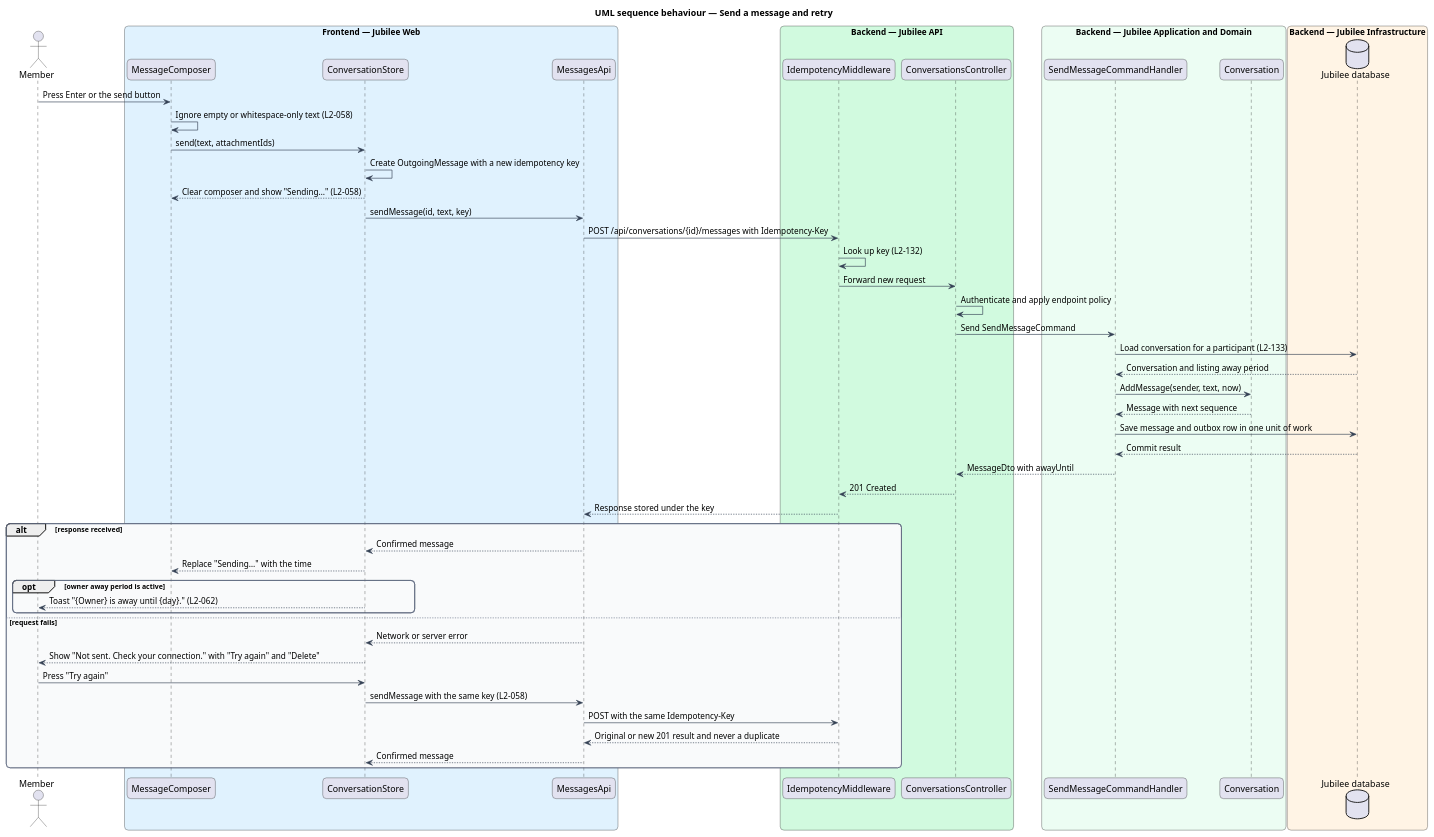
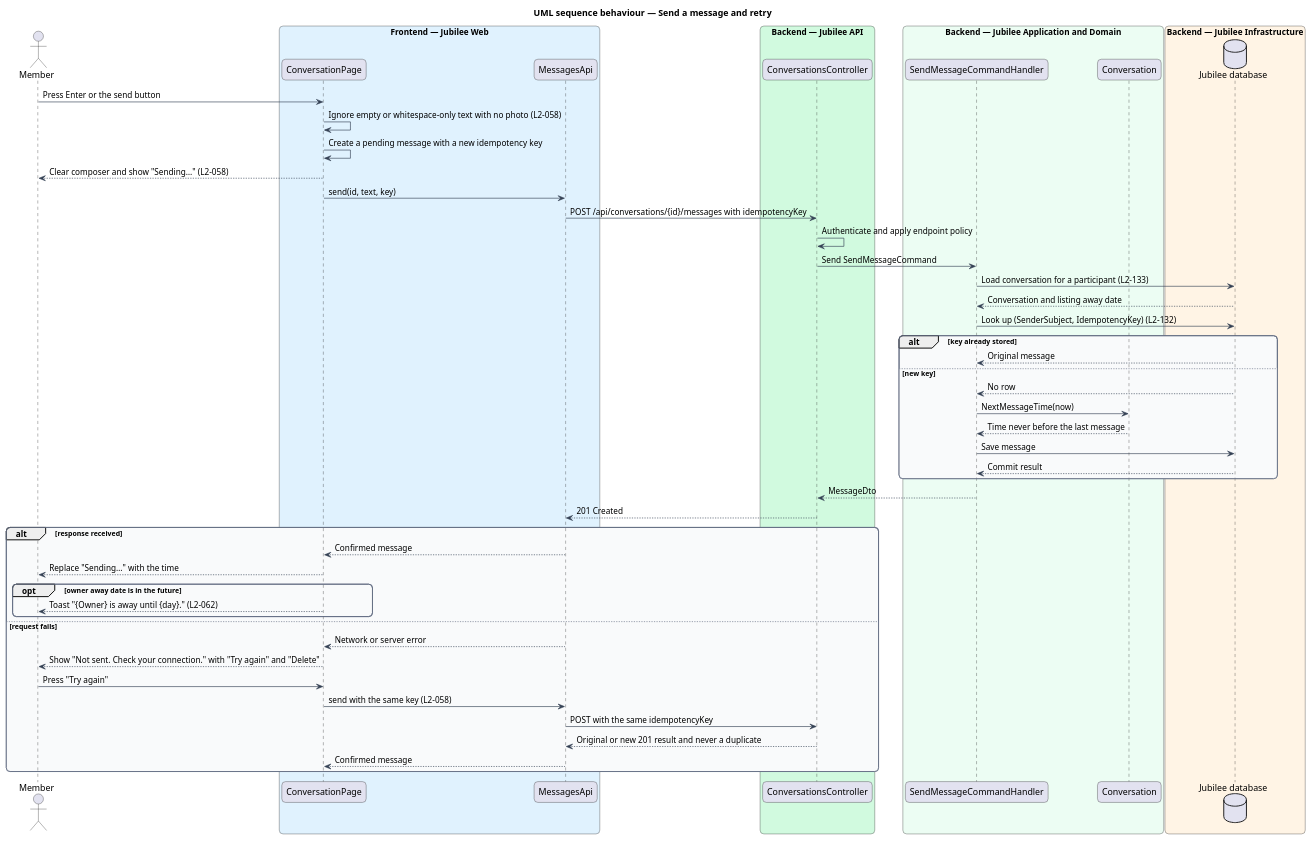
The diagram in docs/detailed-designs/messaging/exchange-messages/diagrams/sequence-send-message.puml (QuinntyneBrown/jubilee), drawn with PlantUML before and after one commit. The commit also changed 106 other files, not shown here.

```diff
--- a/docs/detailed-designs/messaging/exchange-messages/diagrams/sequence-send-message.puml
+++ b/docs/detailed-designs/messaging/exchange-messages/diagrams/sequence-send-message.puml
@@ -1,69 +1,69 @@
 @startuml
 title UML sequence behaviour — Send a message and retry
 skinparam backgroundColor #FFFFFF
 skinparam shadowing false
 skinparam roundcorner 12
 skinparam defaultFontName Arial
 skinparam ArrowColor #344054
 skinparam rectangle {
   BorderColor #344054
   FontColor #101828
 }
 skinparam package {
   BorderColor #667085
   FontColor #101828
   BackgroundColor #F9FAFB
 }
 actor "Member" as member
 box "Frontend — Jubilee Web" #E0F2FE
-  participant "MessageComposer" as composer
-  participant "ConversationStore" as store
+  participant "ConversationPage" as page
   participant "MessagesApi" as client
 end box
 box "Backend — Jubilee API" #D1FADF
-  participant "IdempotencyMiddleware" as idem
   participant "ConversationsController" as controller
 end box
 box "Backend — Jubilee Application and Domain" #ECFDF3
   participant "SendMessageCommandHandler" as handler
   participant "Conversation" as entity
 end box
 box "Backend — Jubilee Infrastructure" #FFF4E5
   database "Jubilee database" as db
 end box
-member -> composer : Press Enter or the send button
-composer -> composer : Ignore empty or whitespace-only text (L2-058)
-composer -> store : send(text, attachmentIds)
-store -> store : Create OutgoingMessage with a new idempotency key
-store --> composer : Clear composer and show "Sending…" (L2-058)
-store -> client : sendMessage(id, text, key)
-client -> idem : POST /api/conversations/{id}/messages with Idempotency-Key
-idem -> idem : Look up key (L2-132)
-idem -> controller : Forward new request
+member -> page : Press Enter or the send button
+page -> page : Ignore empty or whitespace-only text with no photo (L2-058)
+page -> page : Create a pending message with a new idempotency key
+page --> member : Clear composer and show "Sending…" (L2-058)
+page -> client : send(id, text, key)
+client -> controller : POST /api/conversations/{id}/messages with idempotencyKey
 controller -> controller : Authenticate and apply endpoint policy
 controller -> handler : Send SendMessageCommand
 handler -> db : Load conversation for a participant (L2-133)
-db --> handler : Conversation and listing away period
-handler -> entity : AddMessage(sender, text, now)
-entity --> handler : Message with next sequence
-handler -> db : Save message and outbox row in one unit of work
-db --> handler : Commit result
-handler --> controller : MessageDto with awayUntil
-controller --> idem : 201 Created
-idem --> client : Response stored under the key
+db --> handler : Conversation and listing away date
+handler -> db : Look up (SenderSubject, IdempotencyKey) (L2-132)
+alt key already stored
+  db --> handler : Original message
+else new key
+  db --> handler : No row
+  handler -> entity : NextMessageTime(now)
+  entity --> handler : Time never before the last message
+  handler -> db : Save message
+  db --> handler : Commit result
+end
+handler --> controller : MessageDto
+controller --> client : 201 Created
 alt response received
-  client --> store : Confirmed message
-  store --> composer : Replace "Sending…" with the time
-  opt owner away period is active
-    store --> member : Toast "{Owner} is away until {day}." (L2-062)
+  client --> page : Confirmed message
+  page --> member : Replace "Sending…" with the time
+  opt owner away date is in the future
+    page --> member : Toast "{Owner} is away until {day}." (L2-062)
   end
 else request fails
-  client --> store : Network or server error
-  store --> member : Show "Not sent. Check your connection." with "Try again" and "Delete"
-  member -> store : Press "Try again"
-  store -> client : sendMessage with the same key (L2-058)
-  client -> idem : POST with the same Idempotency-Key
-  idem --> client : Original or new 201 result and never a duplicate
-  client --> store : Confirmed message
+  client --> page : Network or server error
+  page --> member : Show "Not sent. Check your connection." with "Try again" and "Delete"
+  member -> page : Press "Try again"
+  page -> client : send with the same key (L2-058)
+  client -> controller : POST with the same idempotencyKey
+  controller --> client : Original or new 201 result and never a duplicate
+  client --> page : Confirmed message
 end
 @enduml
```
